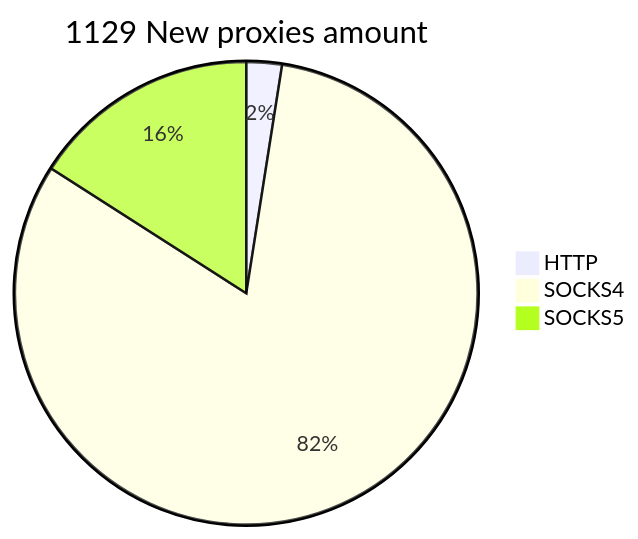
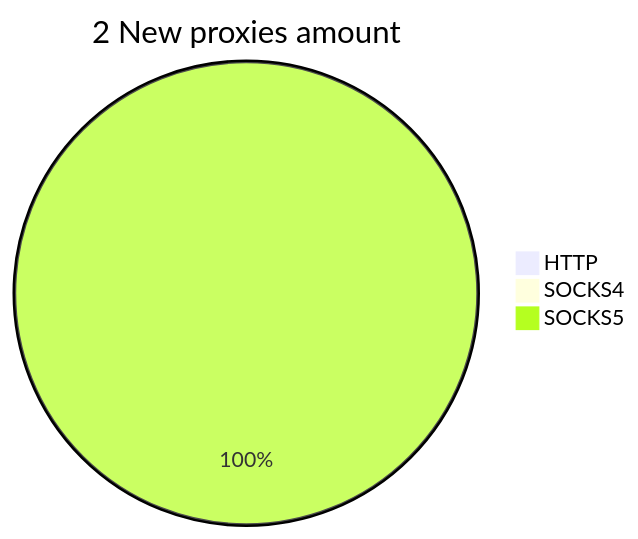
Before and after one commit to cutipu/proxylist: the second of 2 diagrams in README.md, drawn with Mermaid. The commit also changed other lines of this file, not shown here.

````diff
--- a/README.md
+++ b/README.md
@@ -10,6 +10,6 @@
 ```mermaid
-pie title 1129 New proxies amount
-    "HTTP" : 28
-    "SOCKS4" : 921
-    "SOCKS5" : 180
+pie title 2 New proxies amount
+    "HTTP" : 0
+    "SOCKS4" : 0
+    "SOCKS5" : 2
 ```
````
